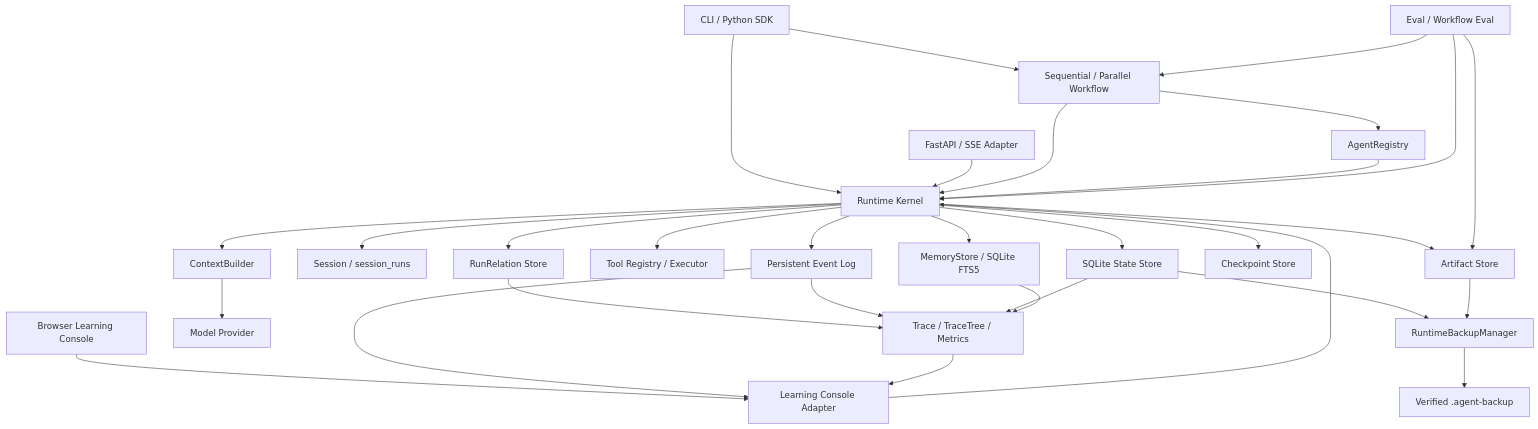
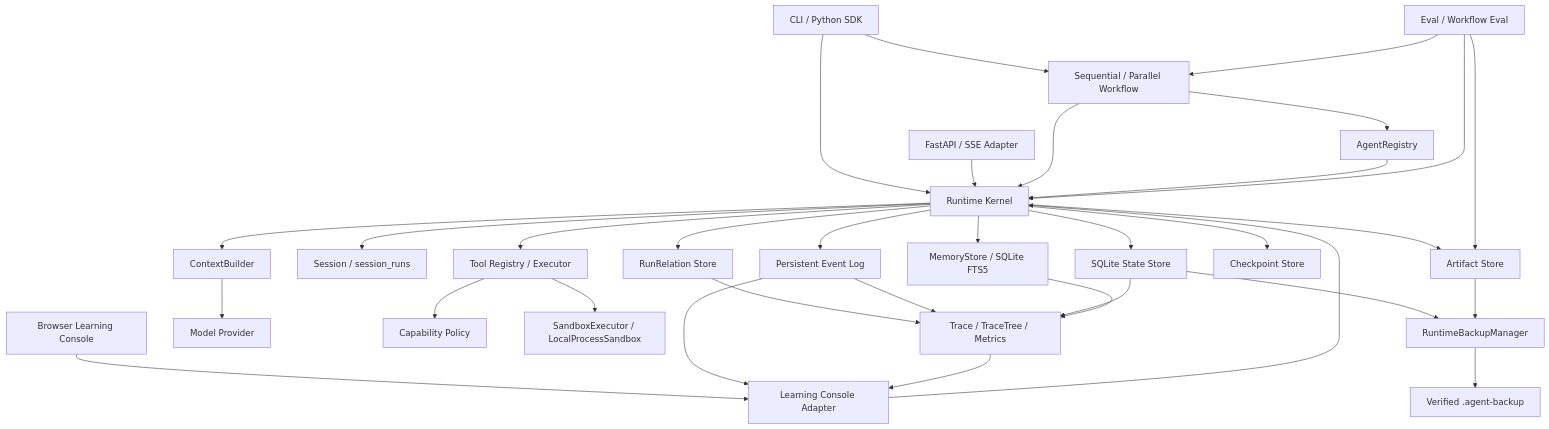
The first of 10 diagrams in docs/ARCHITECTURE.md (fantoagi/agent-runtime), drawn with Mermaid before and after one commit. The commit also changed other lines of this file and 33 other files, not shown here.

Commit message:
release: add v0.8.0 local process sandbox and capability policy

````diff
--- a/docs/ARCHITECTURE.md
+++ b/docs/ARCHITECTURE.md
@@ -15,55 +15,59 @@
 ```mermaid
 flowchart TD
     CLI["CLI / Python SDK"]
     API["FastAPI / SSE Adapter"]
     Lab["Browser Learning Console"]
     LabAdapter["Learning Console Adapter"]
     Workflows["Sequential / Parallel Workflow"]
     Registry["AgentRegistry"]
     Runtime["Runtime Kernel"]
     Context["ContextBuilder"]
     Sessions["Session / session_runs"]
     Memory["MemoryStore / SQLite FTS5"]
     Model["Model Provider"]
     Tools["Tool Registry / Executor"]
+    Policy["Capability Policy"]
+    Sandbox["SandboxExecutor / LocalProcessSandbox"]
     State["SQLite State Store"]
     Relations["RunRelation Store"]
     Events["Persistent Event Log"]
     Checkpoints["Checkpoint Store"]
     Artifacts["Artifact Store"]
     Observe["Trace / TraceTree / Metrics"]
     Evals["Eval / Workflow Eval"]
     Backup["RuntimeBackupManager"]
     Archive["Verified .agent-backup"]
 
     CLI --> Runtime
     CLI --> Workflows
     API --> Runtime
     Lab --> LabAdapter
     LabAdapter --> Runtime
     Workflows --> Runtime
     Workflows --> Registry
     Registry --> Runtime
     Runtime --> Context
     Context --> Model
     Runtime --> Sessions
     Runtime --> Memory
     Runtime --> Tools
+    Tools --> Policy
+    Tools --> Sandbox
     Runtime --> State
     Runtime --> Relations
     Runtime --> Events
     Runtime --> Checkpoints
     Runtime --> Artifacts
     Relations --> Observe
     Events --> Observe
     State --> Observe
     Memory --> Observe
     Events --> LabAdapter
     Observe --> LabAdapter
     Evals --> Runtime
     Evals --> Workflows
     Evals --> Artifacts
     State --> Backup
     Artifacts --> Backup
     Backup --> Archive
 ```
````
